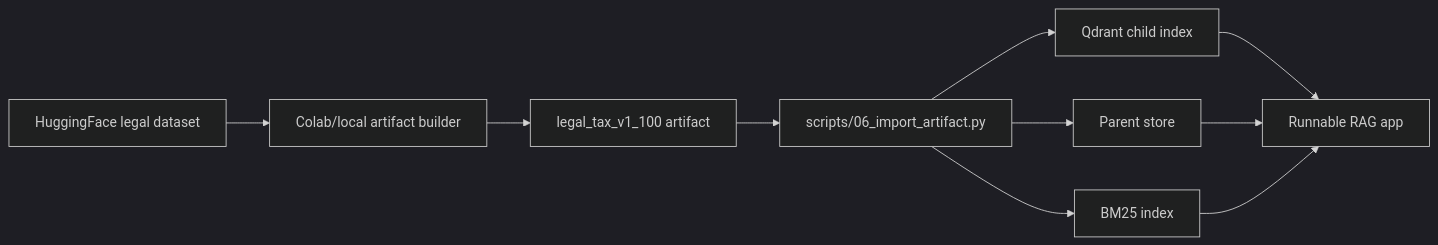
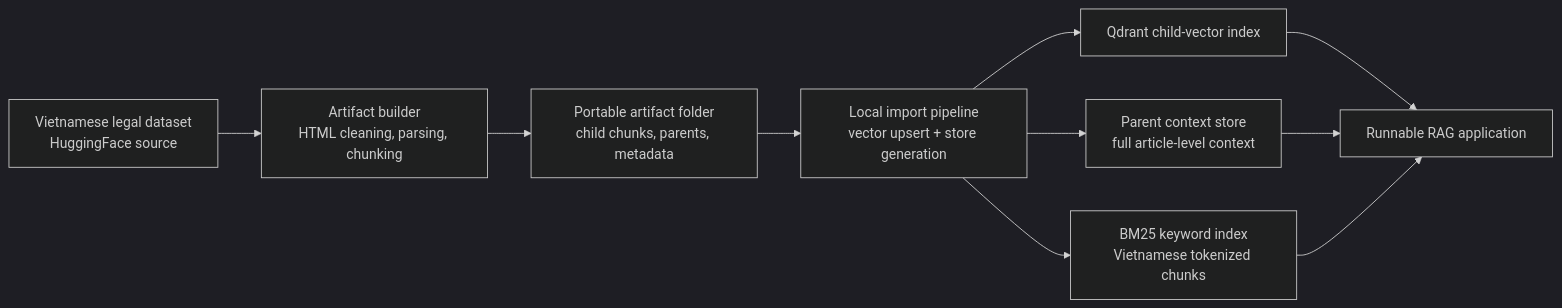
One commit to DuongDucMinh/AGENTIC-RAG changed the fourth of 4 diagrams in README.md. Above: the diagram before and after it, drawn with Mermaid (dark theme). The commit also changed other lines of this file, not shown here.

Commit message:
Fix README architecture documentation

````diff
--- a/README.md
+++ b/README.md
@@ -64,12 +64,12 @@
 ```mermaid
 flowchart LR
-    hf["HuggingFace legal dataset"] --> colab["Colab/local artifact builder"]
-    colab --> artifact["legal_tax_v1_100 artifact"]
-    artifact --> import["scripts/06_import_artifact.py"]
-    import --> qdrant["Qdrant child index"]
-    import --> parent["Parent store"]
-    import --> bm25["BM25 index"]
-    qdrant --> app["Runnable RAG app"]
-    parent --> app
-    bm25 --> app
+    datasetNode["Vietnamese legal dataset<br/>HuggingFace source"] --> buildNode["Artifact builder<br/>HTML cleaning, parsing, chunking"]
+    buildNode --> artifactNode["Portable artifact folder<br/>child chunks, parents, metadata"]
+    artifactNode --> importNode["Local import pipeline<br/>vector upsert + store generation"]
+    importNode --> qdrantNode["Qdrant child-vector index"]
+    importNode --> parentNode["Parent context store<br/>full article-level context"]
+    importNode --> bm25Node["BM25 keyword index<br/>Vietnamese tokenized chunks"]
+    qdrantNode --> appNode["Runnable RAG application"]
+    parentNode --> appNode
+    bm25Node --> appNode
 ```
````
